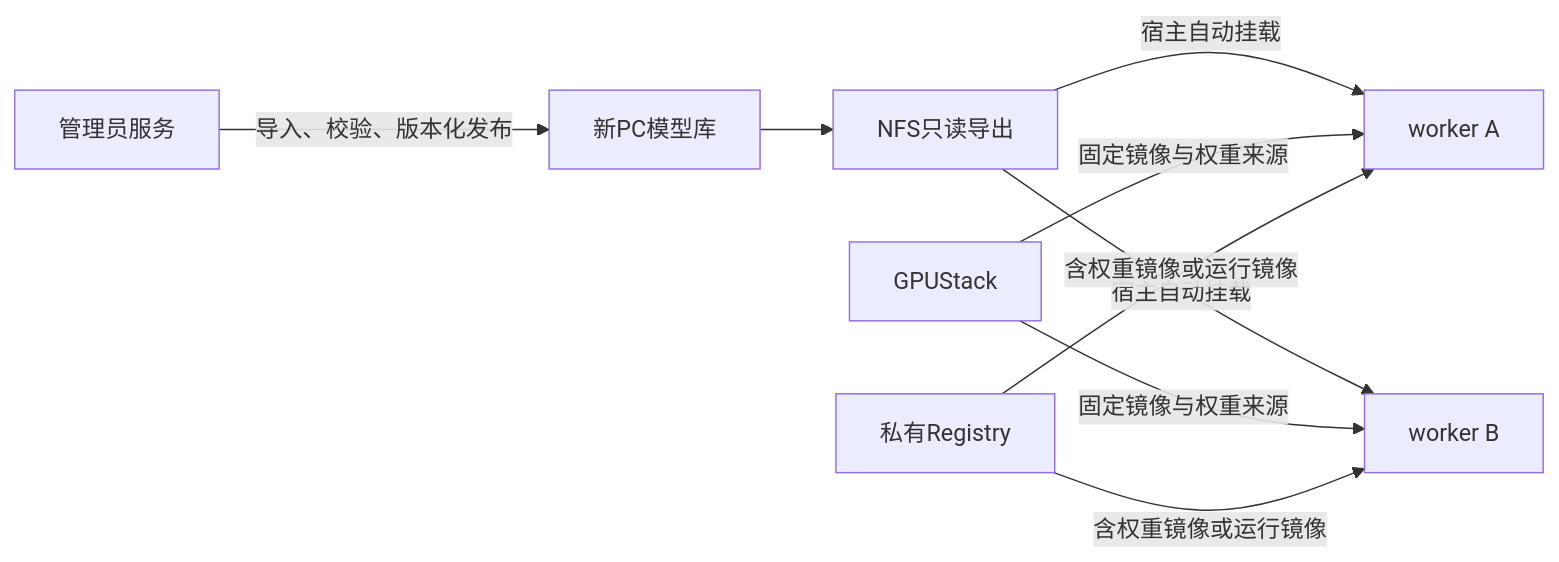
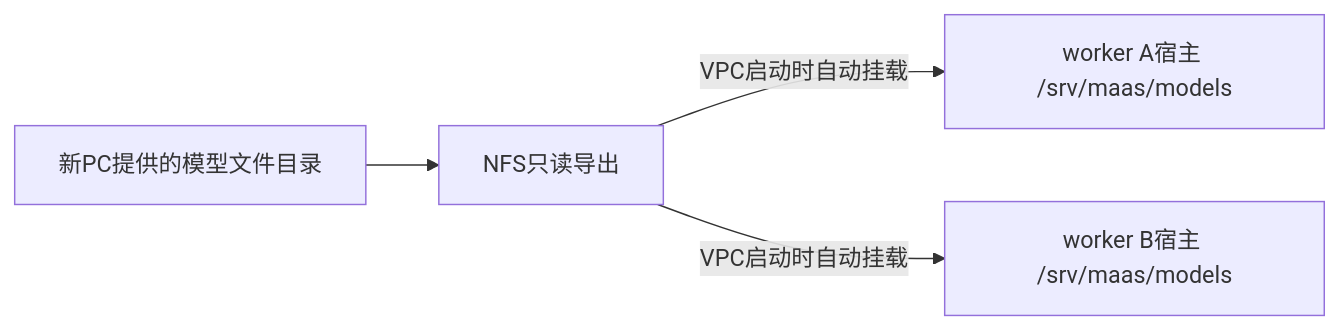
Before and after one commit to WTaoGitHub/cybercafe-maas: the diagram in docs/framework/MODEL-WEIGHTS-NFS.md, drawn with Mermaid. The commit also changed other lines of this file and 4 other files, not shown here.

````diff
--- a/docs/framework/MODEL-WEIGHTS-NFS.md
+++ b/docs/framework/MODEL-WEIGHTS-NFS.md
@@ -13,11 +11,6 @@
 ```mermaid
 flowchart LR
-  A[管理员服务] -->|导入、校验、版本化发布| S[新PC模型库]
-  S --> N[NFS只读导出]
-  N -->|宿主自动挂载| W1[worker A]
-  N -->|宿主自动挂载| W2[worker B]
-  G[GPUStack] -->|固定镜像与权重来源| W1
-  G -->|固定镜像与权重来源| W2
-  R[私有Registry] -->|含权重镜像或运行镜像| W1
-  R -->|含权重镜像或运行镜像| W2
+  S[新PC提供的模型文件目录] --> N[NFS只读导出]
+  N -->|VPC启动时自动挂载| W1[worker A宿主 /srv/maas/models]
+  N -->|VPC启动时自动挂载| W2[worker B宿主 /srv/maas/models]
 ```
````
